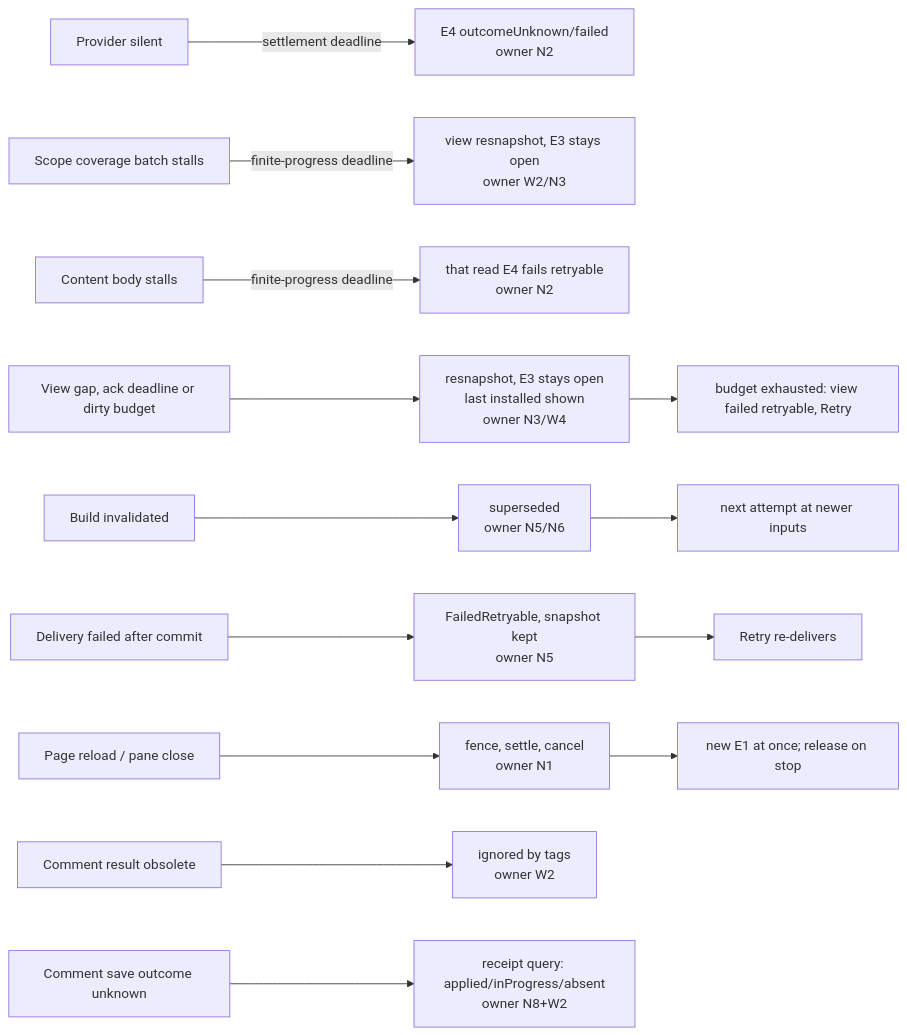
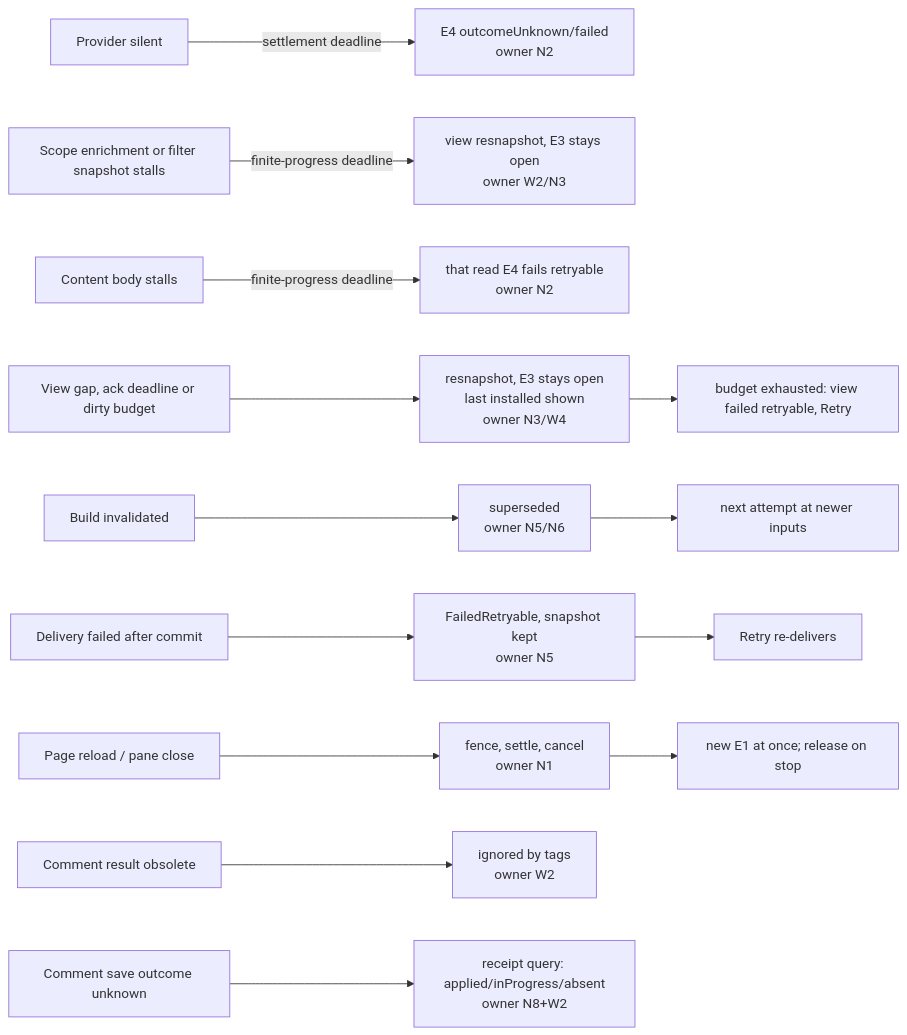
The seventh of 8 diagrams in docs/specs/2026-09-24-bridge-stability-redesign/2026-09-24-bridge-stability-program-design.md (ShravanSunder/agentstudio), drawn with Mermaid before and after one commit. The commit also changed other lines of this file, not shown here.

Commit message:
Bridge design: scope demand reprioritizes and never retires an in-flight batch; the File change filter is the one membership parameter (PR1 run-7 scope loop)

````diff
--- a/docs/specs/2026-09-24-bridge-stability-redesign/2026-09-24-bridge-stability-program-design.md
+++ b/docs/specs/2026-09-24-bridge-stability-redesign/2026-09-24-bridge-stability-program-design.md
@@ -586,12 +589,12 @@
 ```mermaid
 flowchart LR
   F1[Provider silent] -->|settlement deadline| O1[E4 outcomeUnknown/failed<br/>owner N2]
-  F2a[Scope coverage batch stalls] -->|finite-progress deadline| O2a[view resnapshot, E3 stays open<br/>owner W2/N3]
+  F2a[Scope enrichment or filter snapshot stalls] -->|finite-progress deadline| O2a[view resnapshot, E3 stays open<br/>owner W2/N3]
   F2b[Content body stalls] -->|finite-progress deadline| O2b[that read E4 fails retryable<br/>owner N2]
   F3[View gap, ack deadline or dirty budget] --> O3[resnapshot, E3 stays open<br/>last installed shown<br/>owner N3/W4] --> RC[budget exhausted: view failed retryable, Retry]
   F4[Build invalidated] --> O4[superseded<br/>owner N5/N6] --> RB[next attempt at newer inputs]
   F5[Delivery failed after commit] --> O5[FailedRetryable, snapshot kept<br/>owner N5] --> RT[Retry re-delivers]
   F6[Page reload / pane close] --> O6[fence, settle, cancel<br/>owner N1] --> NS[new E1 at once; release on stop]
   F7[Comment result obsolete] --> O7[ignored by tags<br/>owner W2]
   F8[Comment save outcome unknown] --> O8[receipt query: applied/inProgress/absent<br/>owner N8+W2]
 ```
````
